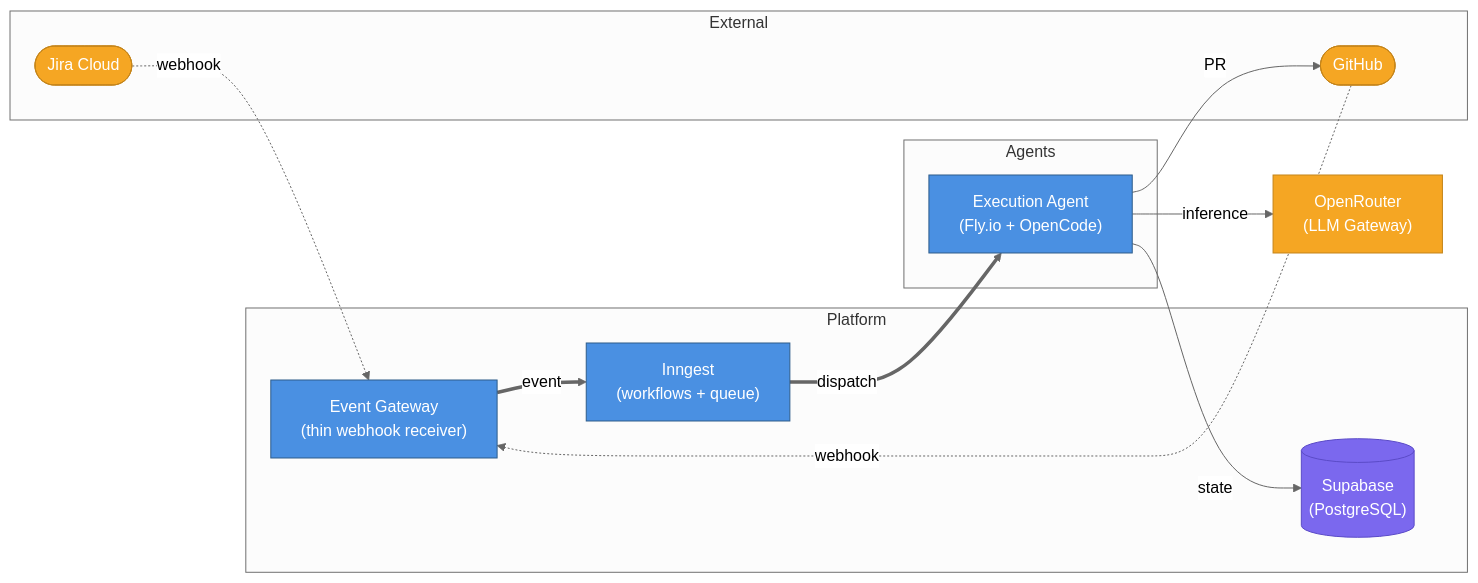
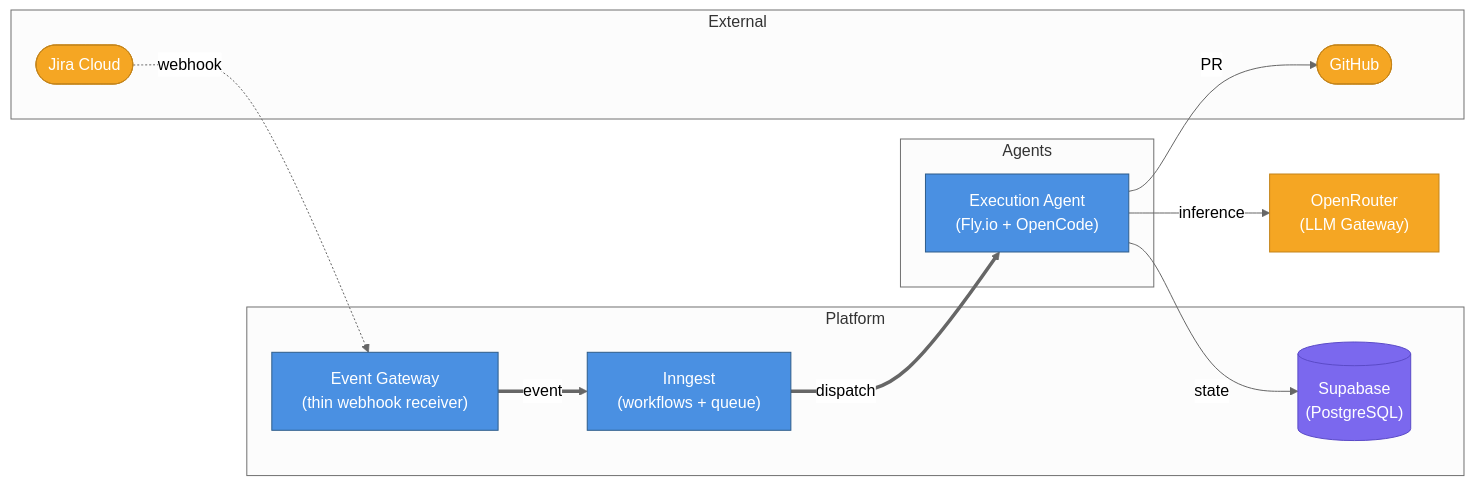
Before and after one commit to viiqswim/dozaldevs-ai-employee: the second of 16 diagrams in docs/2026-03-22-2317-ai-employee-architecture.md, drawn with Mermaid (neutral theme). The commit also changed other lines of this file, not shown here.

Commit message:
docs(architecture): add project_id FK, remove MVP GH webhook, add MVP cost note, collapse marketing section

````diff
--- a/docs/2026-03-22-2317-ai-employee-architecture.md
+++ b/docs/2026-03-22-2317-ai-employee-architecture.md
@@ -148,31 +148,30 @@
 ```mermaid
 flowchart LR
     subgraph External
         JIRA(["Jira Cloud"]):::external
         GH(["GitHub"]):::external
     end
 
     subgraph Platform
         GW["Event Gateway\n(thin webhook receiver)"]:::service
         ING["Inngest\n(workflows + queue)"]:::service
         SUP[("Supabase\n(PostgreSQL)")]:::storage
     end
 
      subgraph Agents
          EXEC["Execution Agent\n(Fly.io + OpenCode)"]:::service
      end
 
     LLM["OpenRouter\n(LLM Gateway)"]:::external
 
     JIRA -.->|"webhook"| GW
-    GH -.->|"webhook"| GW
     GW ==>|"event"| ING
     ING ==>|"dispatch"| EXEC
     EXEC -->|"state"| SUP
     EXEC -->|"PR"| GH
     EXEC -->|"inference"| LLM
 
     classDef service fill:#4A90E2,stroke:#2E5C8A,color:#fff
     classDef storage fill:#7B68EE,stroke:#5B4BC7,color:#fff
     classDef external fill:#F5A623,stroke:#C4841A,color:#fff
 ```
````
